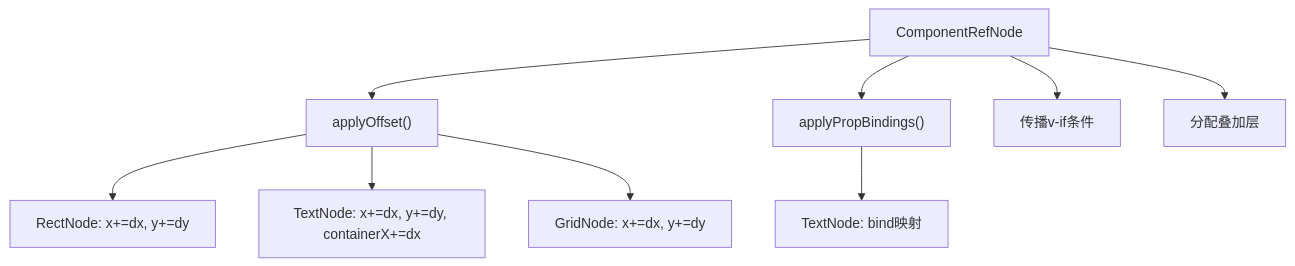
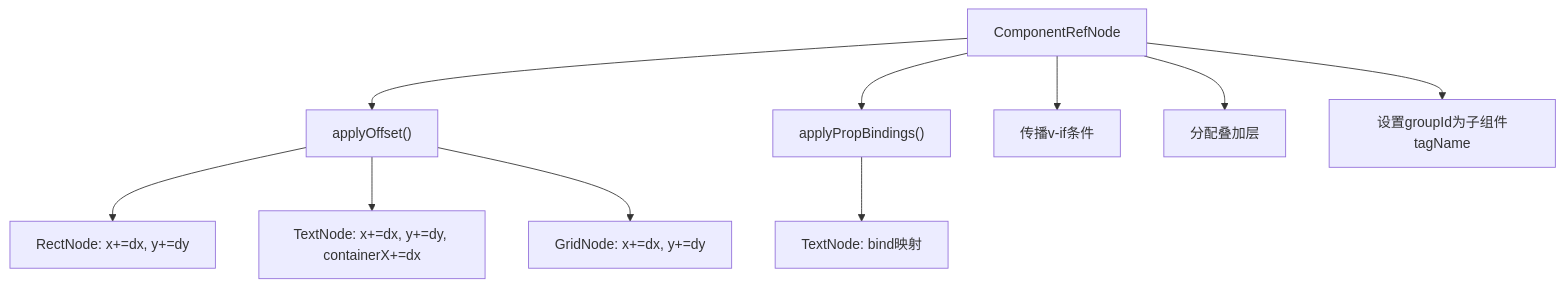
Before and after one commit to xingye00186/PHP-Data-UI-Framework-powered-by-swooleAOT: the sixth of 13 diagrams in .qoder/repowiki/zh/content/SFC编译器系统/SFC编译器系统.md, drawn with Mermaid. The commit also changed other lines of this file and 37 other files, not shown here.

````diff
--- a/.qoder/repowiki/zh/content/SFC编译器系统/SFC编译器系统.md
+++ b/.qoder/repowiki/zh/content/SFC编译器系统/SFC编译器系统.md
@@ -302,11 +312,12 @@
 ```mermaid
 flowchart TD
 CompRef["ComponentRefNode"] --> ApplyOffset["applyOffset()"]
 ApplyOffset --> OffsetRect["RectNode: x+=dx, y+=dy"]
 ApplyOffset --> OffsetText["TextNode: x+=dx, y+=dy, containerX+=dx"]
 ApplyOffset --> OffsetGrid["GridNode: x+=dx, y+=dy"]
 CompRef --> ApplyBindings["applyPropBindings()"]
 ApplyBindings --> BindText["TextNode: bind映射"]
 CompRef --> PropagateVIf["传播v-if条件"]
 CompRef --> AssignLayer["分配叠加层"]
+CompRef --> SetGroupId["设置groupId为子组件tagName"]
 ```
````
